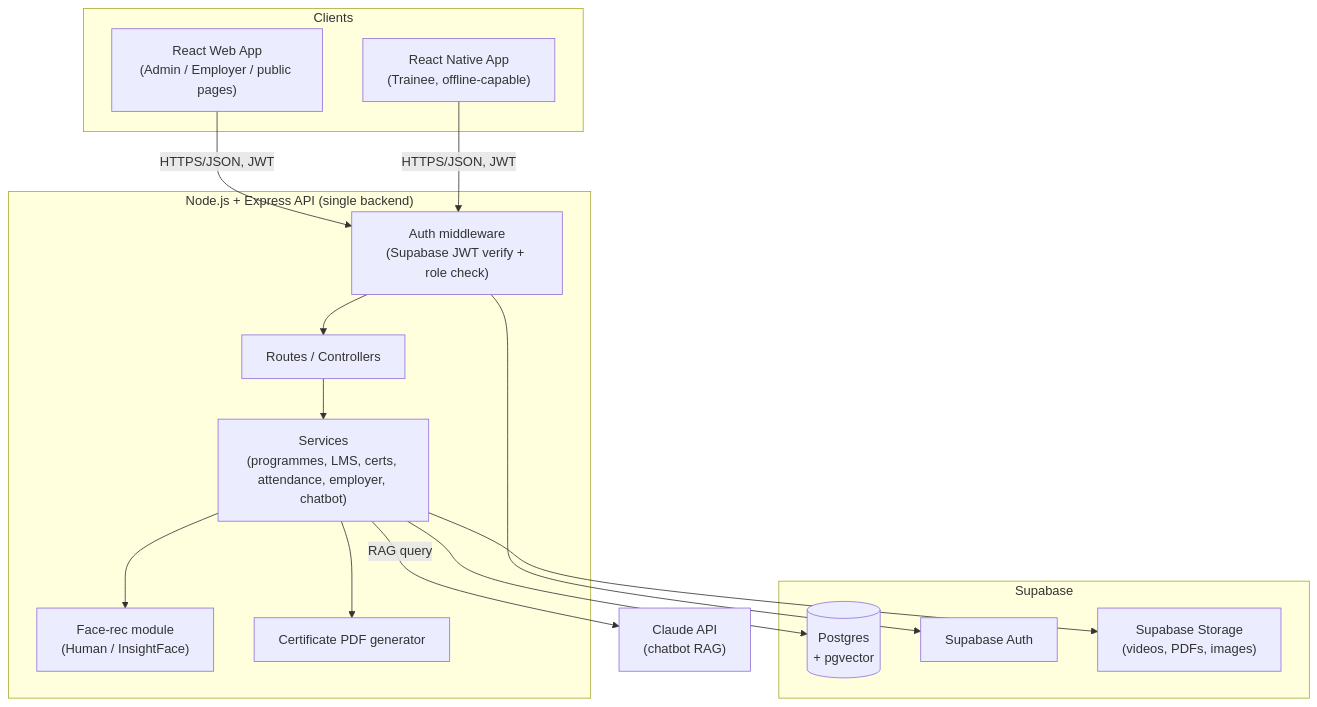
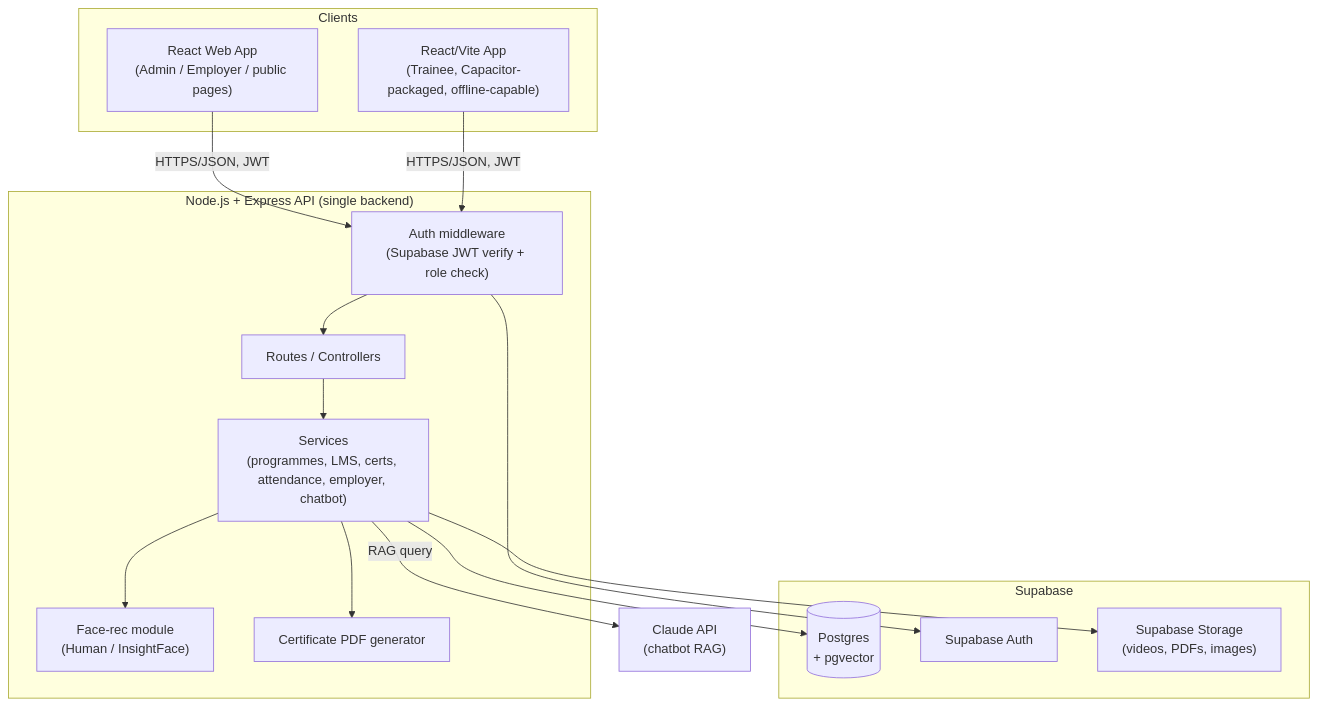
Before and after one commit to ShashankPonna/NCCT-platform: the diagram in docs/ARCHITECTURE.md, drawn with Mermaid. The commit also changed other lines of this file and 133 other files, not shown here.

````diff
--- a/docs/ARCHITECTURE.md
+++ b/docs/ARCHITECTURE.md
@@ -11,33 +11,33 @@
 ```mermaid
 flowchart TB
     subgraph Clients
         Web["React Web App\n(Admin / Employer / public pages)"]
-        Mobile["React Native App\n(Trainee, offline-capable)"]
+        Mobile["React/Vite App\n(Trainee, Capacitor-packaged, offline-capable)"]
     end
 
     subgraph Backend["Node.js + Express API (single backend)"]
         Auth["Auth middleware\n(Supabase JWT verify + role check)"]
         Routes["Routes / Controllers"]
         Services["Services\n(programmes, LMS, certs, attendance, employer, chatbot)"]
         FaceRec["Face-rec module\n(Human / InsightFace)"]
         PDF["Certificate PDF generator"]
     end
 
     subgraph Supabase
         PG[("Postgres\n+ pgvector")]
         SAuth["Supabase Auth"]
         Storage["Supabase Storage\n(videos, PDFs, images)"]
     end
 
     ClaudeAPI["Claude API\n(chatbot RAG)"]
 
     Web -->|HTTPS/JSON, JWT| Auth
     Mobile -->|HTTPS/JSON, JWT| Auth
     Auth --> Routes --> Services
     Services --> FaceRec
     Services --> PDF
     Services --> PG
     Services --> Storage
     Auth --> SAuth
     Services -->|RAG query| ClaudeAPI
 ```
````
